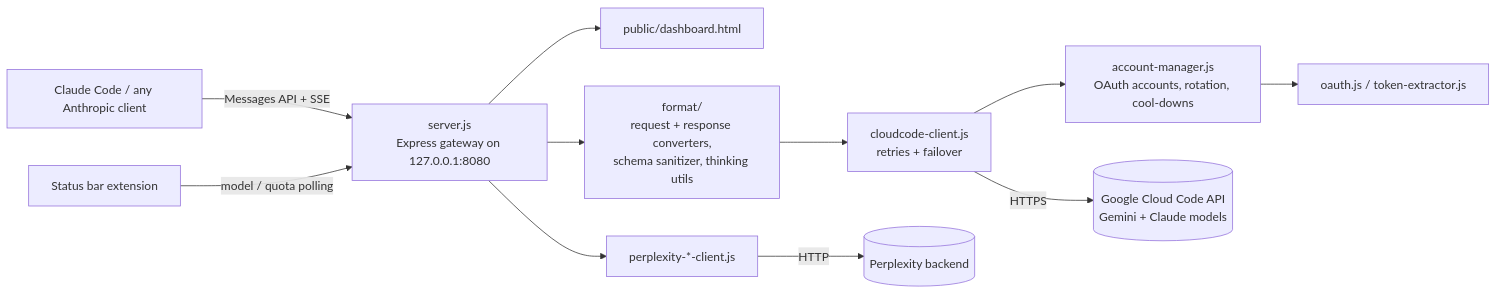
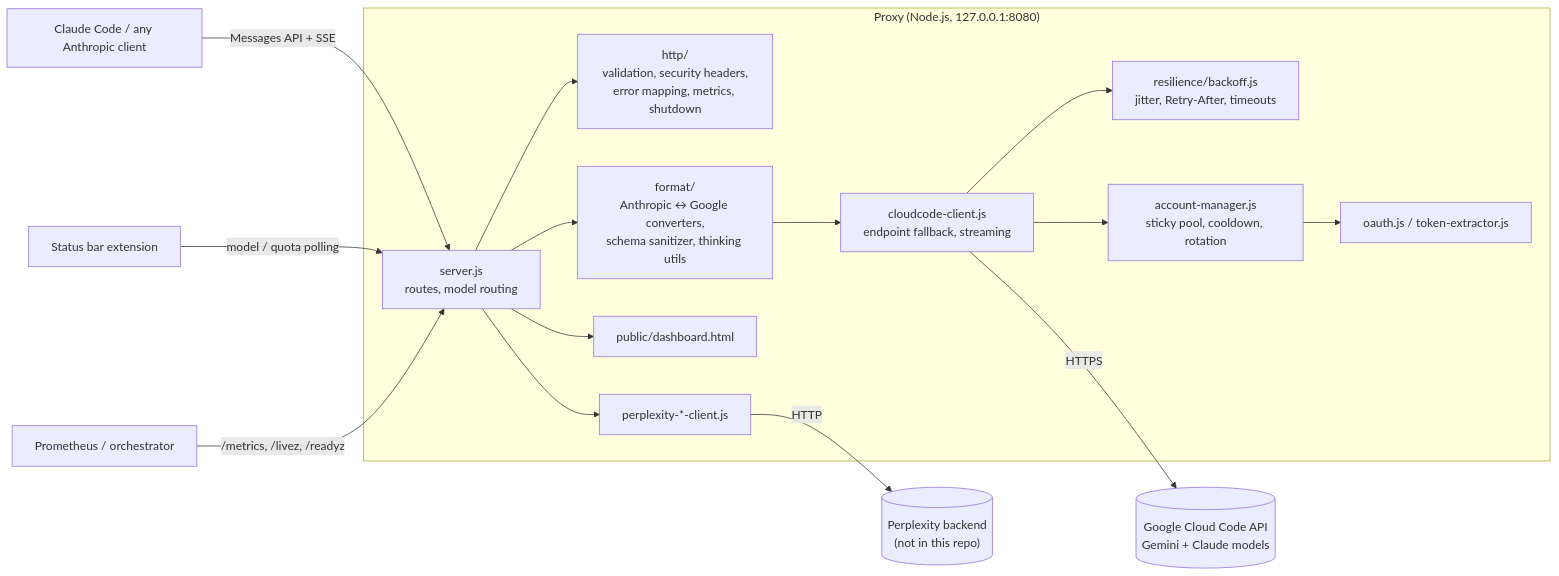
The first of 2 diagrams in README.md (muhib-karim/Antigravity-Claude-Code-Proxy), drawn with Mermaid before and after one commit. The commit also changed other lines of this file and 1 other file, not shown here.

````diff
--- a/README.md
+++ b/README.md
@@ -195,13 +239,18 @@
 ```mermaid
 flowchart LR
-  CC["Claude Code / any Anthropic client"] -->|"Messages API + SSE"| SRV["server.js<br/>Express gateway on 127.0.0.1:8080"]
+  CC["Claude Code / any Anthropic client"] -->|"Messages API + SSE"| SRV
   EXT["Status bar extension"] -->|"model / quota polling"| SRV
-  SRV --> DASH["public/dashboard.html"]
-  SRV --> FMT["format/<br/>request + response converters,<br/>schema sanitizer, thinking utils"]
-  FMT --> CCC["cloudcode-client.js<br/>retries + failover"]
-  CCC --> AM["account-manager.js<br/>OAuth accounts, rotation, cool-downs"]
-  AM --> OAUTH["oauth.js / token-extractor.js"]
+  subgraph PROXY["Proxy (Node.js, 127.0.0.1:8080)"]
+    SRV["server.js<br/>routes, model routing"] --> HTTP["http/<br/>validation, security headers,<br/>error mapping, metrics, shutdown"]
+    SRV --> FMT["format/<br/>Anthropic ↔ Google converters,<br/>schema sanitizer, thinking utils"]
+    FMT --> CCC["cloudcode-client.js<br/>endpoint fallback, streaming"]
+    CCC --> RES["resilience/backoff.js<br/>jitter, Retry-After, timeouts"]
+    CCC --> AM["account-manager.js<br/>sticky pool, cooldown, rotation"]
+    AM --> OAUTH["oauth.js / token-extractor.js"]
+    SRV --> DASH["public/dashboard.html"]
+    SRV --> PPLX["perplexity-*-client.js"]
+  end
   CCC -->|HTTPS| GCC[("Google Cloud Code API<br/>Gemini + Claude models")]
-  SRV --> PPLX["perplexity-*-client.js"]
-  PPLX -->|HTTP| PSRV[("Perplexity backend")]
+  PPLX -->|HTTP| PSRV[("Perplexity backend<br/>(not in this repo)")]
+  PROM["Prometheus / orchestrator"] -->|"/metrics, /livez, /readyz"| SRV
 ```
````
